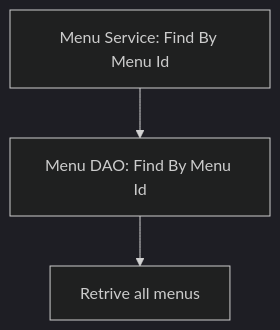
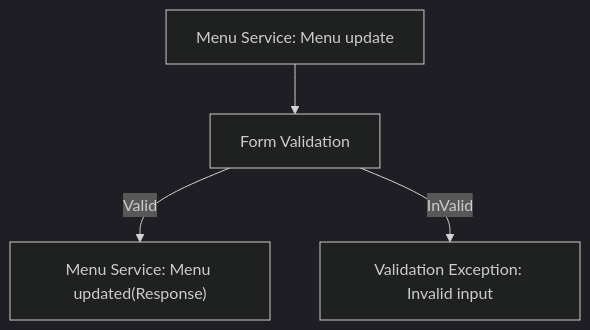
One commit to fssa-batch3/sec_b_vignesh.ramachandran__corejava_project_2 changed the eighth of 22 diagrams in README.md. Above: the diagram before and after it, drawn with Mermaid (dark theme). The commit also changed other lines of this file, not shown here.

````diff
--- a/README.md
+++ b/README.md
@@ -192,5 +276,6 @@
 ```mermaid
 graph TD;
-  A["Menu Service: Find By Menu Id"] --> B["Menu DAO: Find By Menu Id"]
-  B --> C["Retrive all menus"]
+  A["Menu Service: Menu update"] --> B["Form Validation"]
+  B -- Valid --> C["Menu Service: Menu updated(Response)"]
+  B -- InValid--> C1["Validation Exception: Invalid input"]
 ```
````
